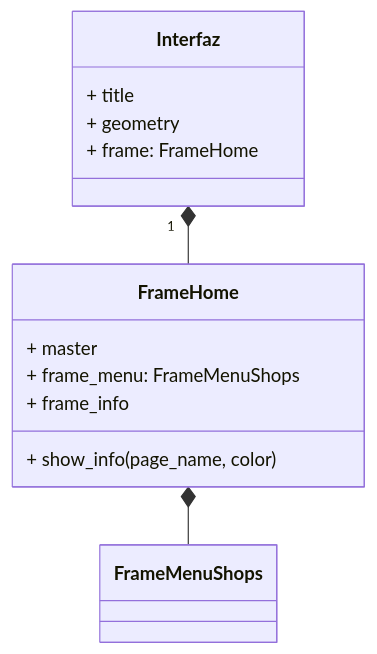
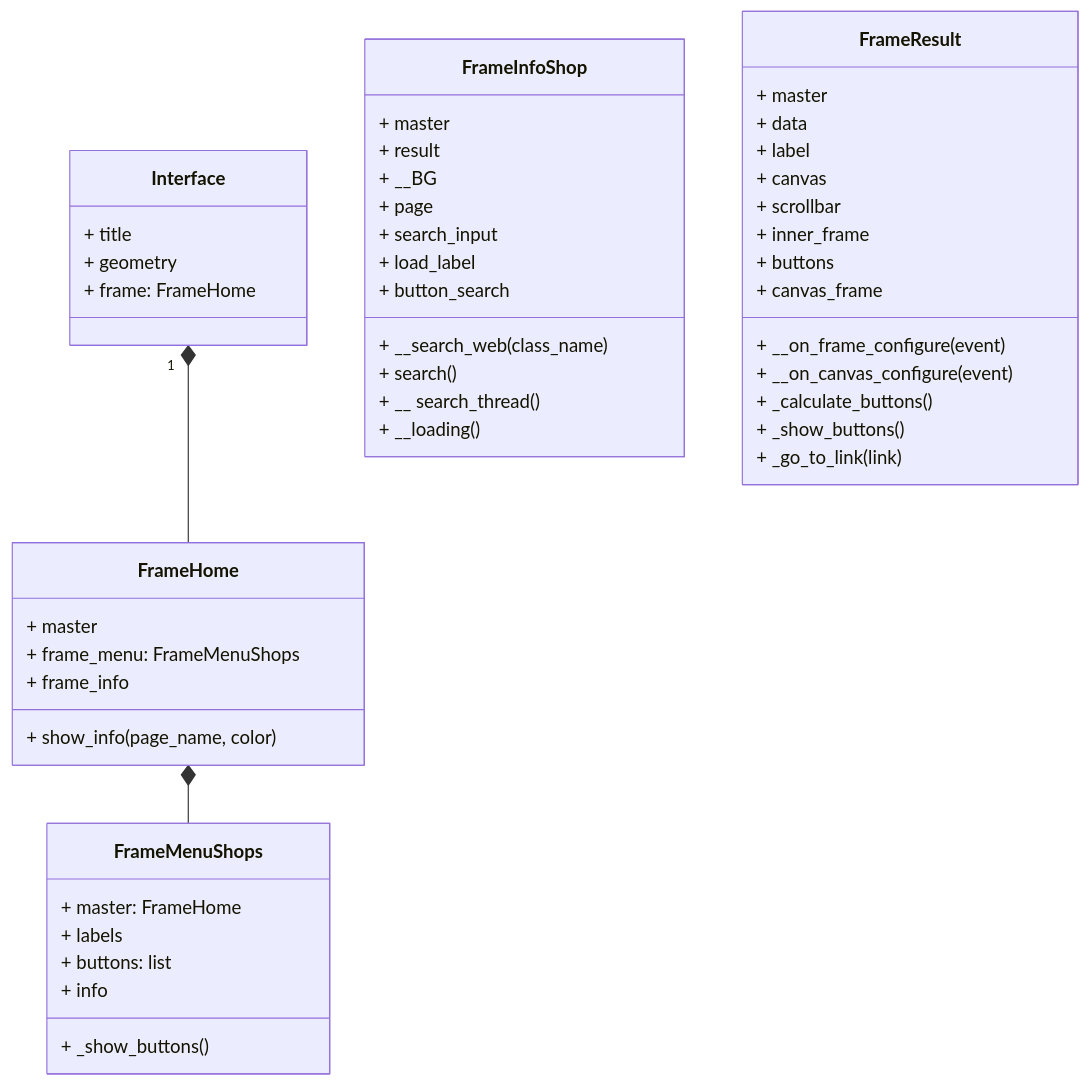
One commit to Dilanpc/MarketMiner changed the second of 2 diagrams in README.md. Above: the diagram before and after it, drawn with Mermaid. The commit also changed other lines of this file, not shown here.

Commit message:
README.md

````diff
--- a/README.md
+++ b/README.md
@@ -106,28 +106,69 @@
 ```mermaid
 classDiagram
-    Interfaz "1" *--  FrameHome
+    Interface "1" *--  FrameHome
    FrameHome *-- FrameMenuShops
     
 
-    class Interfaz{
+    class Interface{
         + title
         + geometry
         + frame: FrameHome
     }
 
     class FrameHome{
         + master
         + frame_menu: FrameMenuShops
         + frame_info
 
         + show_info(page_name, color)
     }
 
     class FrameMenuShops{
-        
+        + master: FrameHome
++ labels
++ buttons: list
++ info
+
++ _show_buttons()
 
     }
+
+class FrameInfoShop{
+        + master
+        + result
+        + __BG
+        + page
+        + search_input
+        + load_label
+        + button_search
+
+        + __search_web(class_name)
++ search()
++ __ search_thread()
++ __loading()
+    }
+
+class FrameResult{
+        + master
++ data
++ label
++ canvas
++ scrollbar
++ inner_frame
++ buttons
++ canvas_frame
+      
++ __on_frame_configure(event)
++ __on_canvas_configure(event)
++ _calculate_buttons()
++ _show_buttons()
++ _go_to_link(link)
+    }
+
+
+
+   
 
     
 
 ```
````
